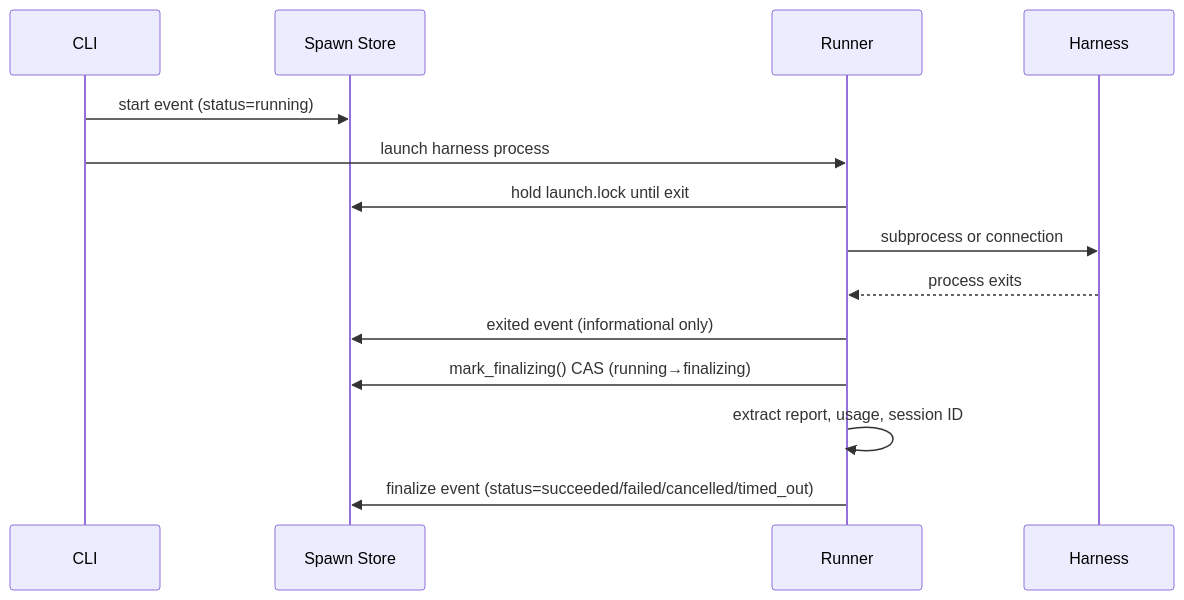
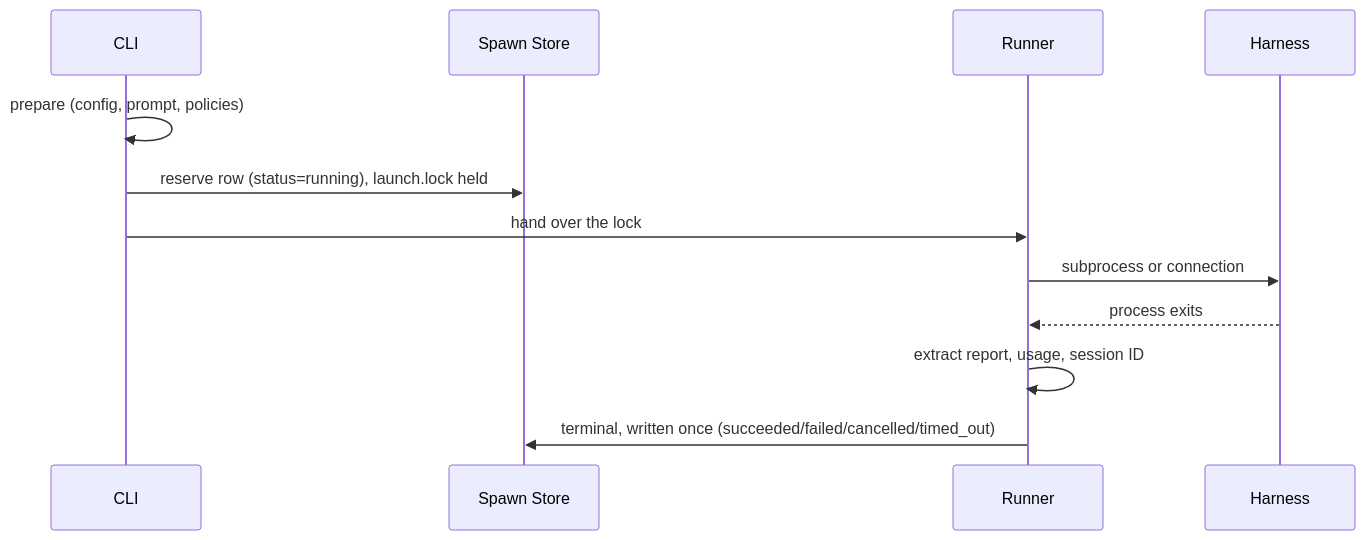
One commit to haowjy/meridian-cli-kb changed the second of 2 diagrams in kb/concepts/spawn-lifecycle.md. Above: the diagram before and after it, drawn with Mermaid. The commit also changed other lines of this file and 38 other files, not shown here.

````diff
--- a/kb/concepts/spawn-lifecycle.md
+++ b/kb/concepts/spawn-lifecycle.md
@@ -136,17 +114,15 @@
 ```mermaid
 sequenceDiagram
     participant CLI
     participant SpawnStore as Spawn Store
     participant Runner
     participant Harness
 
-    CLI->>SpawnStore: start event (status=running)
-    CLI->>Runner: launch harness process
-    Runner->>SpawnStore: hold launch.lock until exit
+    CLI->>CLI: prepare (config, prompt, policies)
+    CLI->>SpawnStore: reserve row (status=running), launch.lock held
+    CLI->>Runner: hand over the lock
     Runner->>Harness: subprocess or connection
     Harness-->>Runner: process exits
-    Runner->>SpawnStore: exited event (informational only)
-    Runner->>SpawnStore: mark_finalizing() CAS (running→finalizing)
     Runner->>Runner: extract report, usage, session ID
-    Runner->>SpawnStore: finalize event (status=succeeded/failed/cancelled/timed_out)
+    Runner->>SpawnStore: terminal, written once (succeeded/failed/cancelled/timed_out)
 ```
````
